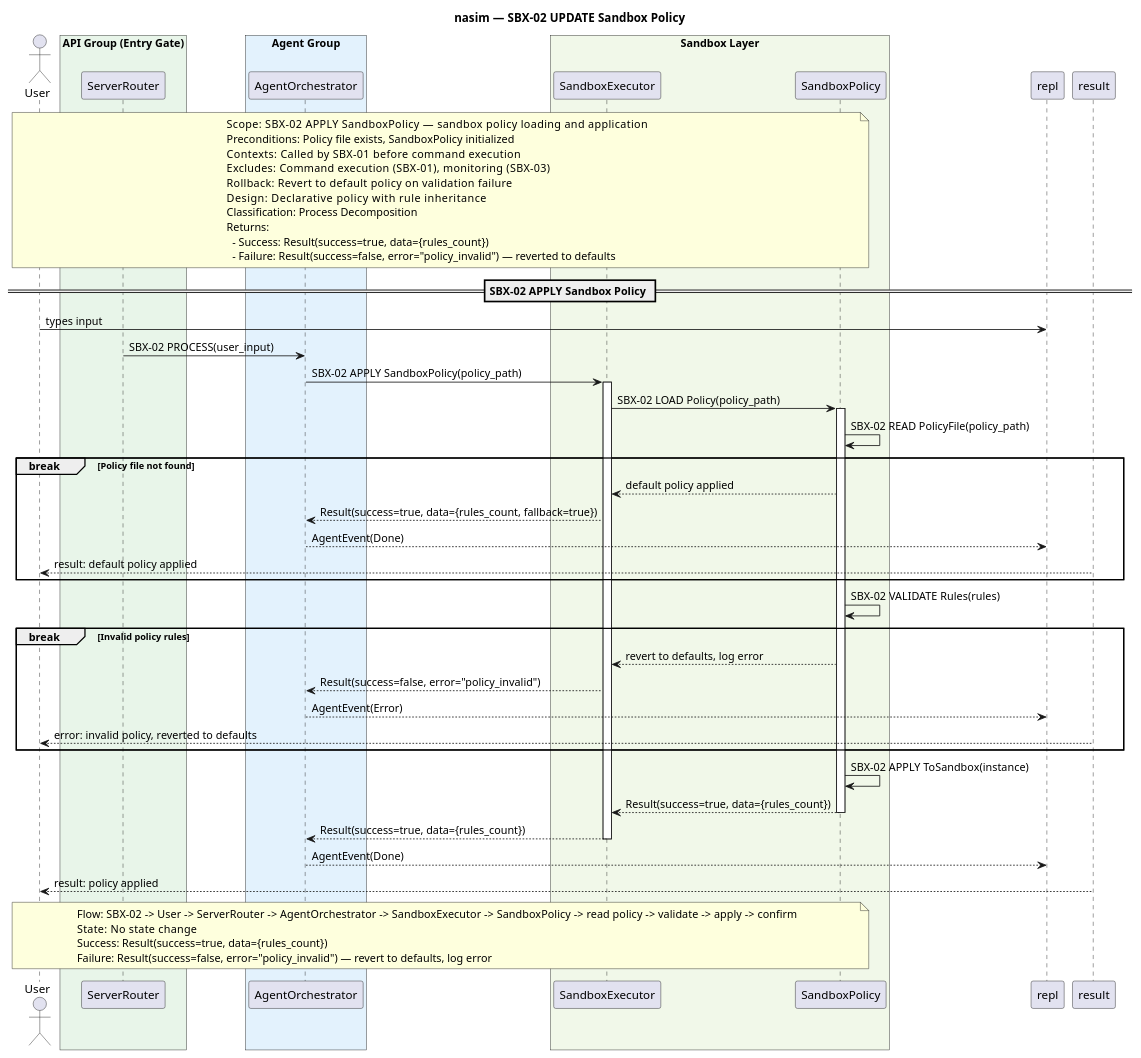
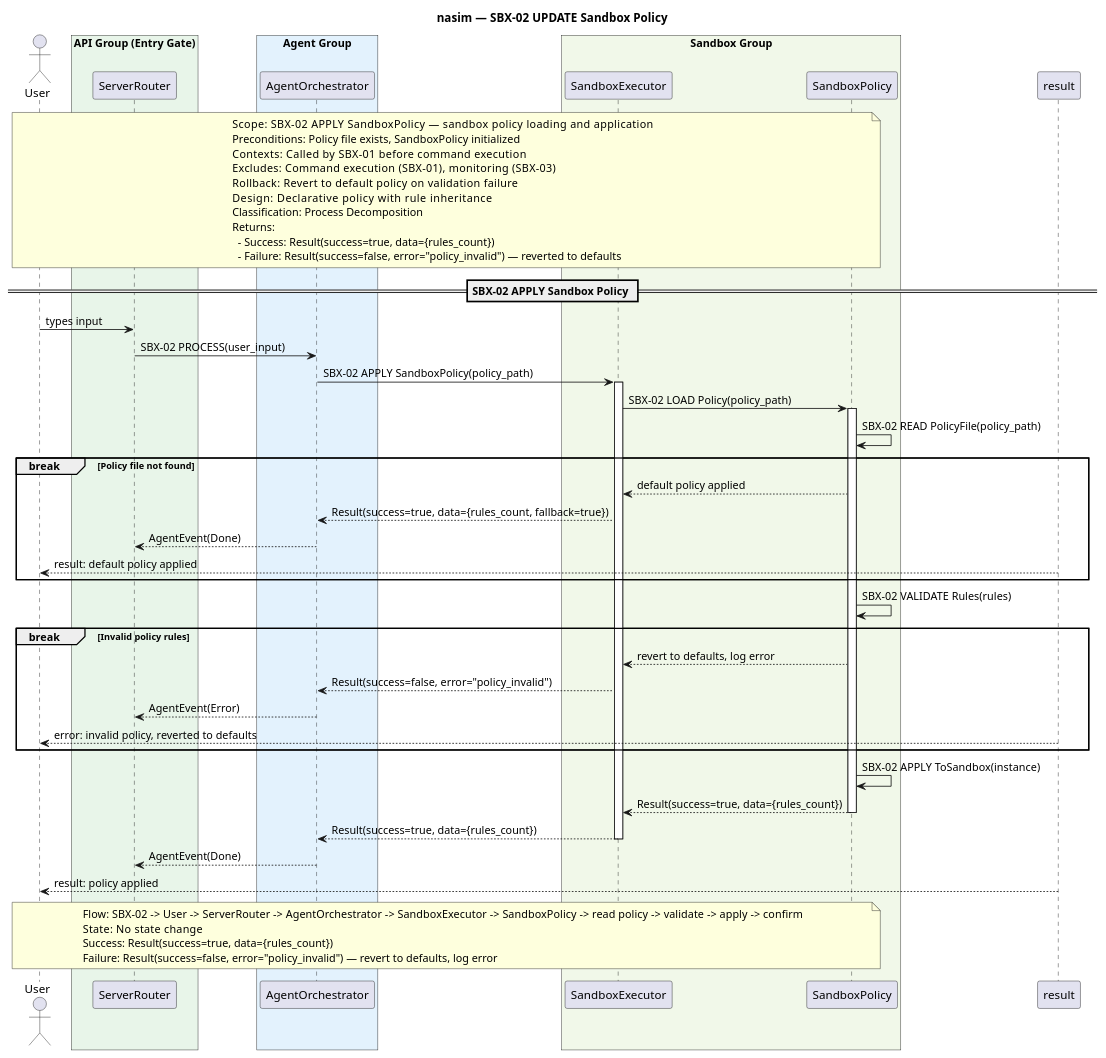
One commit to salimnamvar/nasim changed the diagram in docs/SQ/SBX/sq_sbx02_apply_sandbox_policy.puml. Above: the diagram before and after it, drawn with PlantUML. The commit also changed 186 other files, not shown here.

Commit message:
docs: Delete outdated sequence diagram skill documentation and replace with a comprehensive rulebook for use case diagram design derived from C4 architecture, ensuring full coverage of systems, containers, components, and CRUD-format naming conventions.

```diff
--- a/docs/SQ/SBX/sq_sbx02_apply_sandbox_policy.puml
+++ b/docs/SQ/SBX/sq_sbx02_apply_sandbox_policy.puml
@@ -1,87 +1,87 @@
 @startuml sq_sbx02_apply_sandbox_policy
 ' ============================================================
 ' Title:     SBX-02 — APPLY Sandbox Policy
 ' Boundary:  nasim code agent
 ' Purpose:   Load and apply sandbox security policy
 ' Milestone: v1.0
-' Version:   8.0.0
+' Version:   9.1.0
 ' Source:    CAR refinement loop — API-First transformation
 ' Review:    docs/SQ/README.md
 ' ============================================================
 
 title nasim — SBX-02 UPDATE Sandbox Policy
 
 actor "User" as user
 
 box "API Group (Entry Gate)" #E8F5E9
   participant "ServerRouter" as router
 end box
 box "Agent Group" #E3F2FD
   participant "AgentOrchestrator" as agent
 end box
-box "Sandbox Layer" #F1F8E9
+box "Sandbox Group" #F1F8E9
   participant "SandboxExecutor" as executor
   participant "SandboxPolicy" as policy
 end box
 
 note over user, policy
   Scope:          SBX-02 APPLY SandboxPolicy — sandbox policy loading and application
   Preconditions:  Policy file exists, SandboxPolicy initialized
   Contexts:       Called by SBX-01 before command execution
   Excludes:       Command execution (SBX-01), monitoring (SBX-03)
   Rollback:       Revert to default policy on validation failure
   Design:         Declarative policy with rule inheritance
   Classification: Process Decomposition
   Returns:
     - Success: Result(success=true, data={rules_count})
     - Failure: Result(success=false, error="policy_invalid") — reverted to defaults
 end note
 
 == SBX-02 APPLY Sandbox Policy ==
 
-user -> repl : types input
+user -> router : types input
 router -> agent : SBX-02 PROCESS(user_input)
 
 agent -> executor : SBX-02 APPLY SandboxPolicy(policy_path)
 activate executor
 
 executor -> policy : SBX-02 LOAD Policy(policy_path)
 activate policy
 
 policy -> policy : SBX-02 READ PolicyFile(policy_path)
 
 break Policy file not found
     policy --> executor : default policy applied
     executor --> agent : Result(success=true, data={rules_count, fallback=true})
-    agent --> repl : AgentEvent(Done)
+    agent --> router : AgentEvent(Done)
     result --> user : result: default policy applied
 end
 
 policy -> policy : SBX-02 VALIDATE Rules(rules)
 
 break Invalid policy rules
     policy --> executor : revert to defaults, log error
     executor --> agent : Result(success=false, error="policy_invalid")
-    agent --> repl : AgentEvent(Error)
+    agent --> router : AgentEvent(Error)
     result --> user : error: invalid policy, reverted to defaults
 end
 
 policy -> policy : SBX-02 APPLY ToSandbox(instance)
 
 policy --> executor : Result(success=true, data={rules_count})
 deactivate policy
 
 executor --> agent : Result(success=true, data={rules_count})
 deactivate executor
 
-agent --> repl : AgentEvent(Done)
+agent --> router : AgentEvent(Done)
 result --> user : result: policy applied
 
 note over user, policy
   Flow:    SBX-02 -> User -> ServerRouter -> AgentOrchestrator -> SandboxExecutor -> SandboxPolicy -> read policy -> validate -> apply -> confirm
   State:   No state change
   Success: Result(success=true, data={rules_count})
   Failure: Result(success=false, error="policy_invalid") — revert to defaults, log error
 end note
 
 @enduml
```
